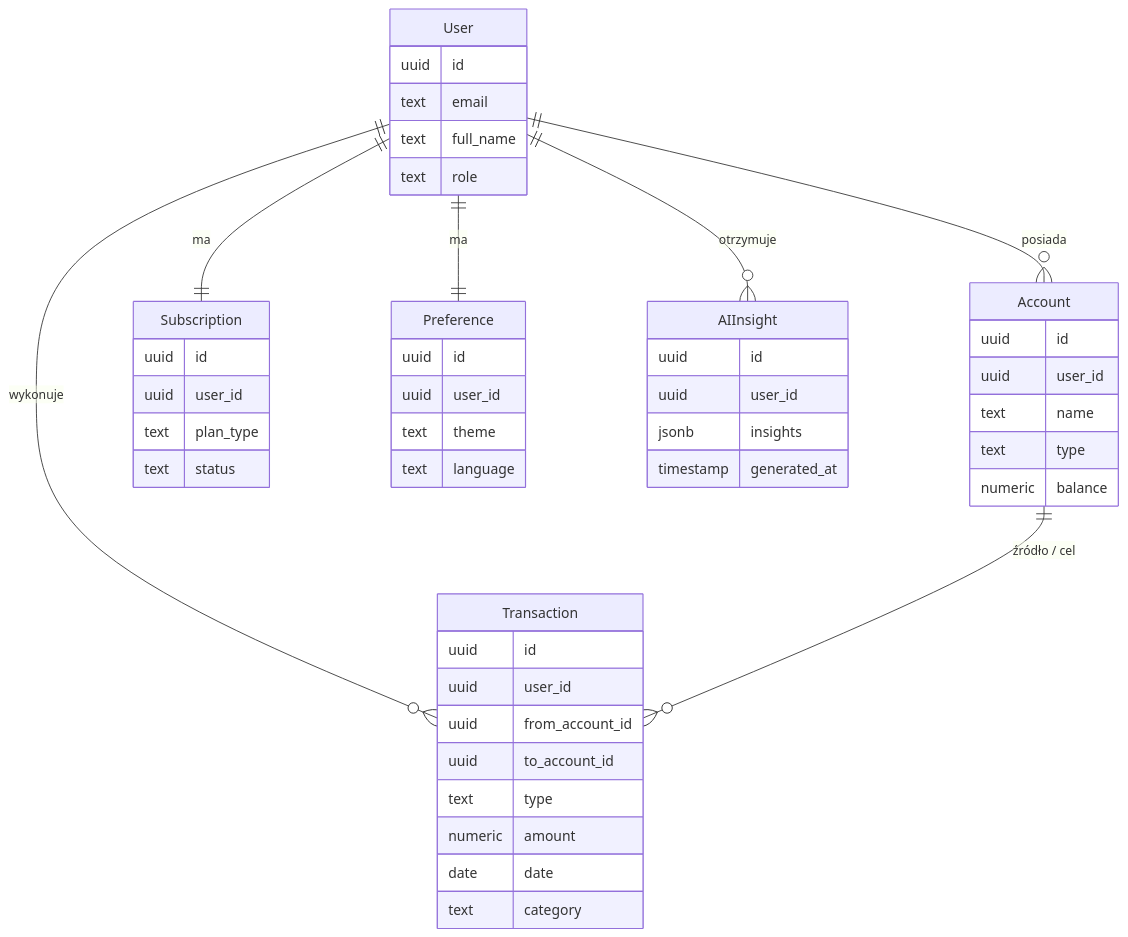
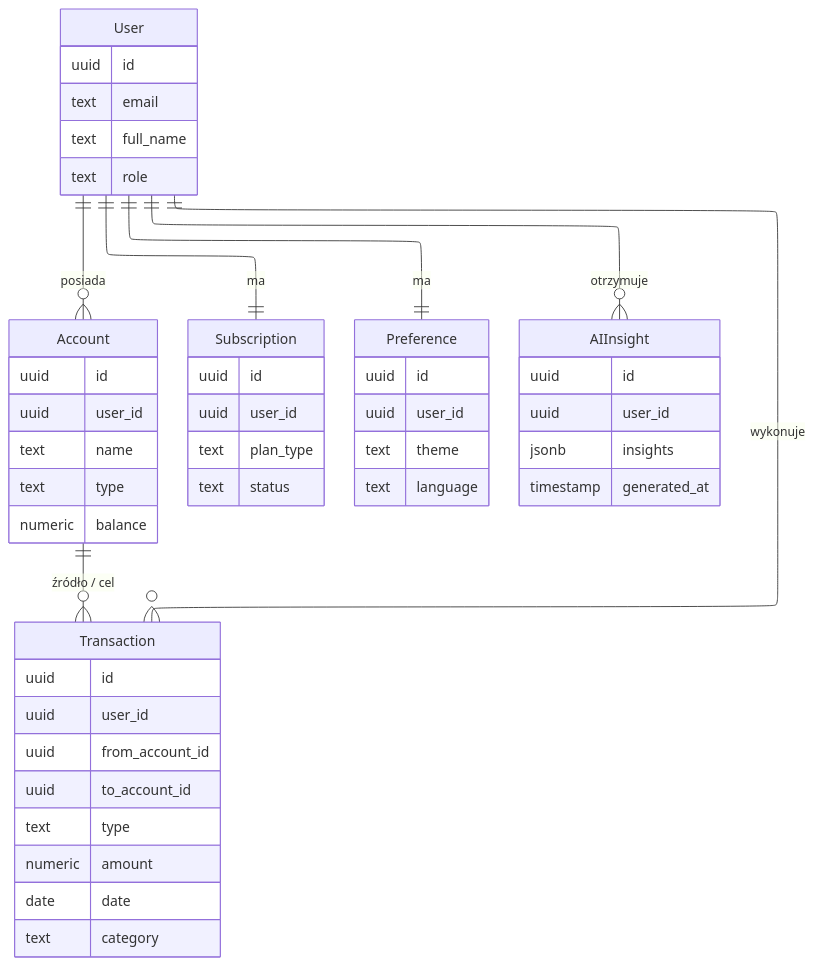
One commit to Kewinsky/finwise-nextjs changed the third of 3 diagrams in docs/thesis/3_ANALIZA.md. Above: the diagram before and after it, drawn with Mermaid. The commit also changed other lines of this file and 3 other files, not shown here.

Commit message:
insert captions for diagrams

````diff
--- a/docs/thesis/3_ANALIZA.md
+++ b/docs/thesis/3_ANALIZA.md
@@ -291,57 +294,61 @@
 ```mermaid
+---
+config:
+  layout: elk
+---
 erDiagram
-    User ||--o{ Account : "posiada"
-    User ||--o{ Transaction : "wykonuje"
-    User ||--|| Subscription : "ma"
-    User ||--|| Preference : "ma"
-    User ||--o{ AIInsight : "otrzymuje"
+	direction TB
+	User {
+		uuid id  ""
+		text email  ""
+		text full_name  ""
+		text role  ""
+	}
 
-    Account ||--o{ Transaction : "źródło / cel"
+	Account {
+		uuid id  ""
+		uuid user_id  ""
+		text name  ""
+		text type  ""
+		numeric balance  ""
+	}
 
-    User {
-        uuid id
-        text email
-        text full_name
-        text role
-    }
+	Transaction {
+		uuid id  ""
+		uuid user_id  ""
+		uuid from_account_id  ""
+		uuid to_account_id  ""
+		text type  ""
+		numeric amount  ""
+		date date  ""
+		text category  ""
+	}
 
-    Account {
-        uuid id
-        uuid user_id
-        text name
-        text type
-        numeric balance
-    }
+	Subscription {
+		uuid id  ""
+		uuid user_id  ""
+		text plan_type  ""
+		text status  ""
+	}
 
-    Transaction {
-        uuid id
-        uuid user_id
-        uuid from_account_id
-        uuid to_account_id
-        text type
-        numeric amount
-        date date
-        text category
-    }
+	Preference {
+		uuid id  ""
+		uuid user_id  ""
+		text theme  ""
+		text language  ""
+	}
 
-    Subscription {
-        uuid id
-        uuid user_id
-        text plan_type
-        text status
-    }
+	AIInsight {
+		uuid id  ""
+		uuid user_id  ""
+		jsonb insights  ""
+		timestamp generated_at  ""
+	}
 
-    Preference {
-        uuid id
-        uuid user_id
-        text theme
-        text language
-    }
-
-    AIInsight {
-        uuid id
-        uuid user_id
-        jsonb insights
-        timestamp generated_at
-    }
+	User||--o{Account:"posiada"
+	User||--o{Transaction:"wykonuje"
+	User||--||Subscription:"ma"
+	User||--||Preference:"ma"
+	User||--o{AIInsight:"otrzymuje"
+	Account||--o{Transaction:"źródło / cel"
 ```
````
